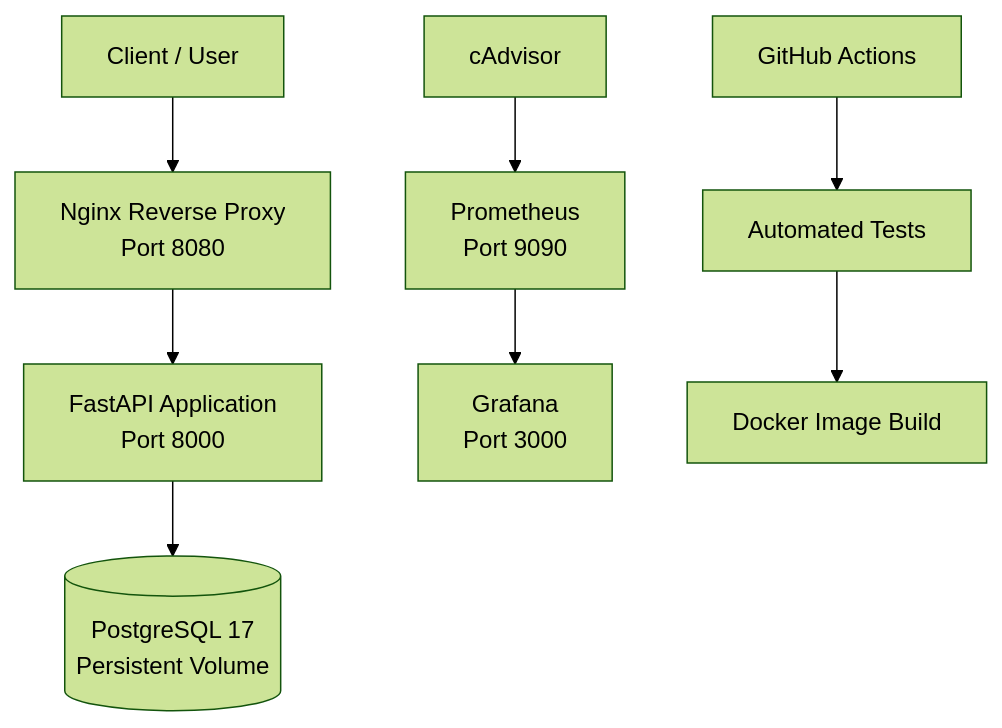
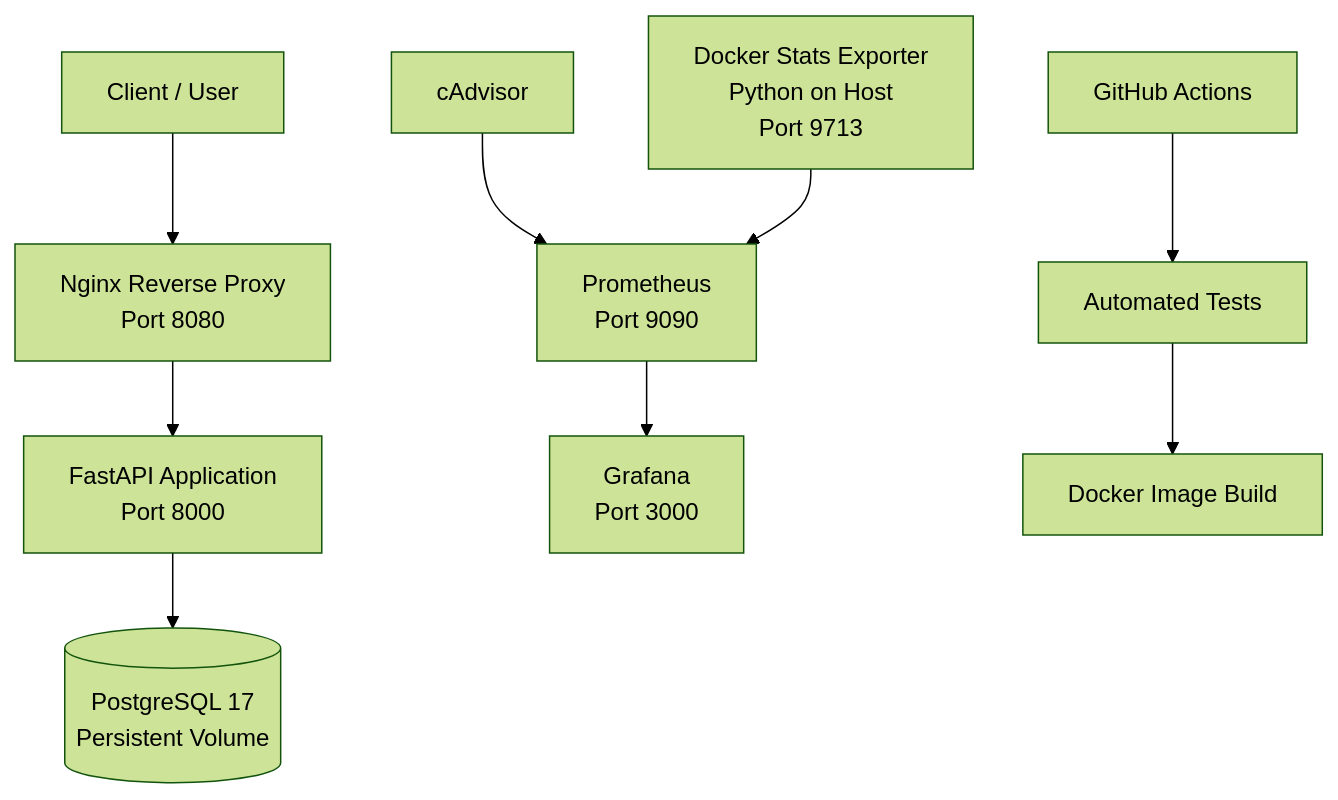
Before and after one commit to defrisdoloksaribu/docker-multi-container-platform: the diagram in README.md, drawn with Mermaid (forest theme). The commit also changed other lines of this file, not shown here.

````diff
--- a/README.md
+++ b/README.md
@@ -39,25 +49,27 @@
 ```mermaid
 flowchart TB
     U["Client / User"]
     N["Nginx Reverse Proxy<br/>Port 8080"]
     A["FastAPI Application<br/>Port 8000"]
     D[("PostgreSQL 17<br/>Persistent Volume")]
 
     CA["cAdvisor"]
+    E["Docker Stats Exporter<br/>Python on Host<br/>Port 9713"]
     P["Prometheus<br/>Port 9090"]
     G["Grafana<br/>Port 3000"]
 
     GH["GitHub Actions"]
     T["Automated Tests"]
     B["Docker Image Build"]
 
     U --> N
     N --> A
     A --> D
 
     CA --> P
+    E --> P
     P --> G
 
     GH --> T
     T --> B
 ```
````
